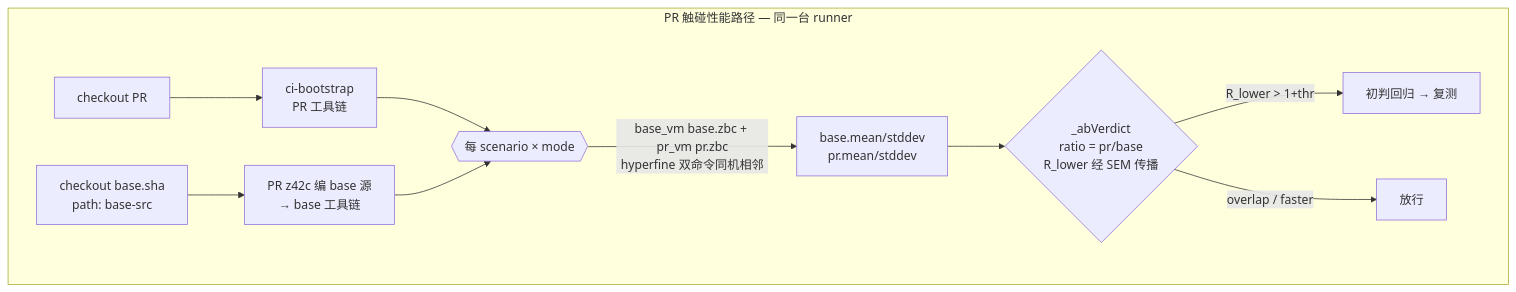
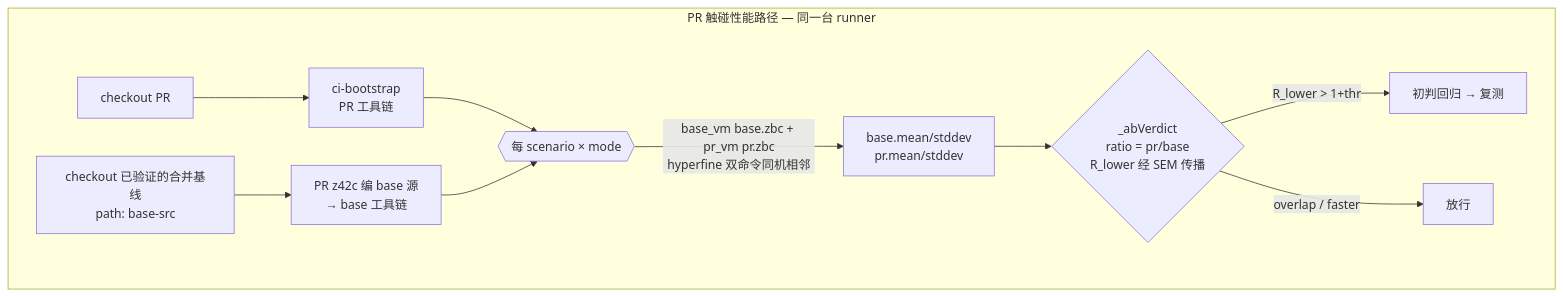
One commit to z42-lang/z42 changed the diagram in docs/internals/src/devinfra/benchmarking.md. Above: the diagram before and after it, drawn with Mermaid. The commit also changed other lines of this file and 21 other files, not shown here.

````diff
--- a/docs/internals/src/devinfra/benchmarking.md
+++ b/docs/internals/src/devinfra/benchmarking.md
@@ -54,13 +54,13 @@
 ```mermaid
 flowchart TD
   subgraph pr[PR 触碰性能路径 — 同一台 runner]
     C1[checkout PR] --> BT[ci-bootstrap<br/>PR 工具链]
-    C2[checkout base.sha<br/>path: base-src] --> BB[PR z42c 编 base 源<br/>→ base 工具链]
+    C2[checkout 已验证的合并基线<br/>path: base-src] --> BB[PR z42c 编 base 源<br/>→ base 工具链]
     BT --> AB{{每 scenario × mode}}
     BB --> AB
     AB -->|base_vm base.zbc + pr_vm pr.zbc<br/>hyperfine 双命令同机相邻| M[base.mean/stddev<br/>pr.mean/stddev]
     M --> V{_abVerdict<br/>ratio = pr/base<br/>R_lower 经 SEM 传播}
     V -->|R_lower > 1+thr| F[初判回归 → 复测]
     V -->|overlap / faster| K[放行]
   end
 ```
````
